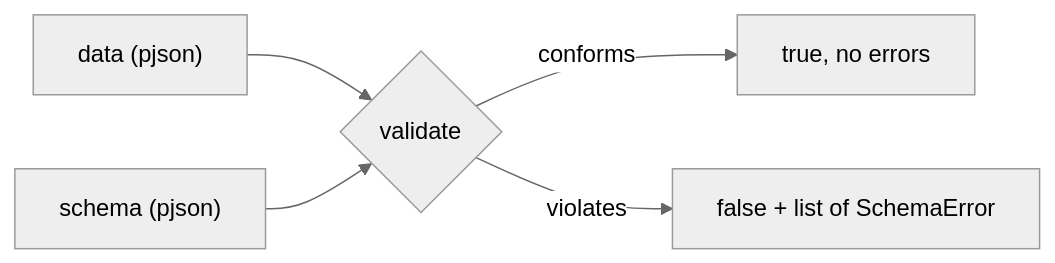
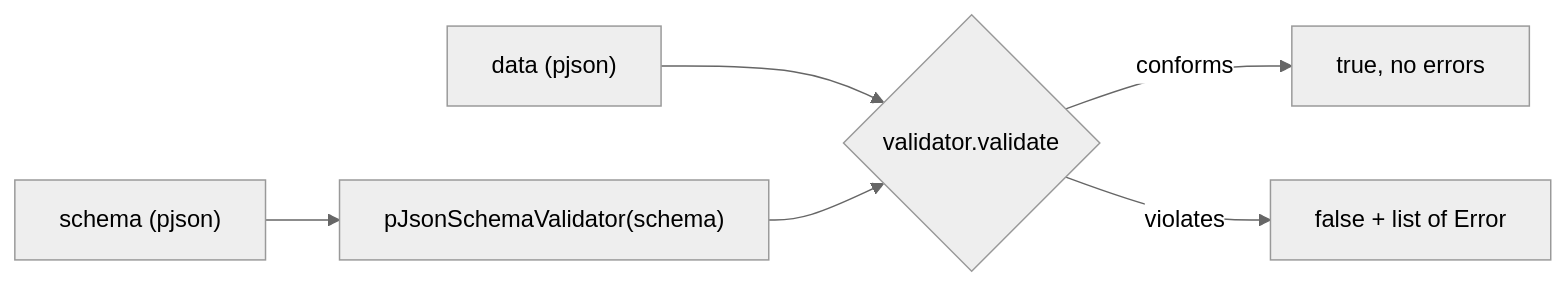
Before and after one commit to Pico-Developer/pjson: the diagram in docs/06-schema-validation.md, drawn with Mermaid (neutral theme). The commit also changed other lines of this file and 161 other files, not shown here.

````diff
--- a/docs/06-schema-validation.md
+++ b/docs/06-schema-validation.md
@@ -18,7 +25,8 @@
 ```mermaid
 flowchart LR
-    data["data (pjson)"] --> V{validate}
-    schema["schema (pjson)"] --> V
+    schema["schema (pjson)"] --> C["pJsonSchemaValidator(schema)"]
+    data["data (pjson)"] --> V{validator.validate}
+    C --> V
     V -->|conforms| OK["true, no errors"]
-    V -->|violates| ERR["false + list of SchemaError"]
+    V -->|violates| ERR["false + list of Error"]
 ```
````
